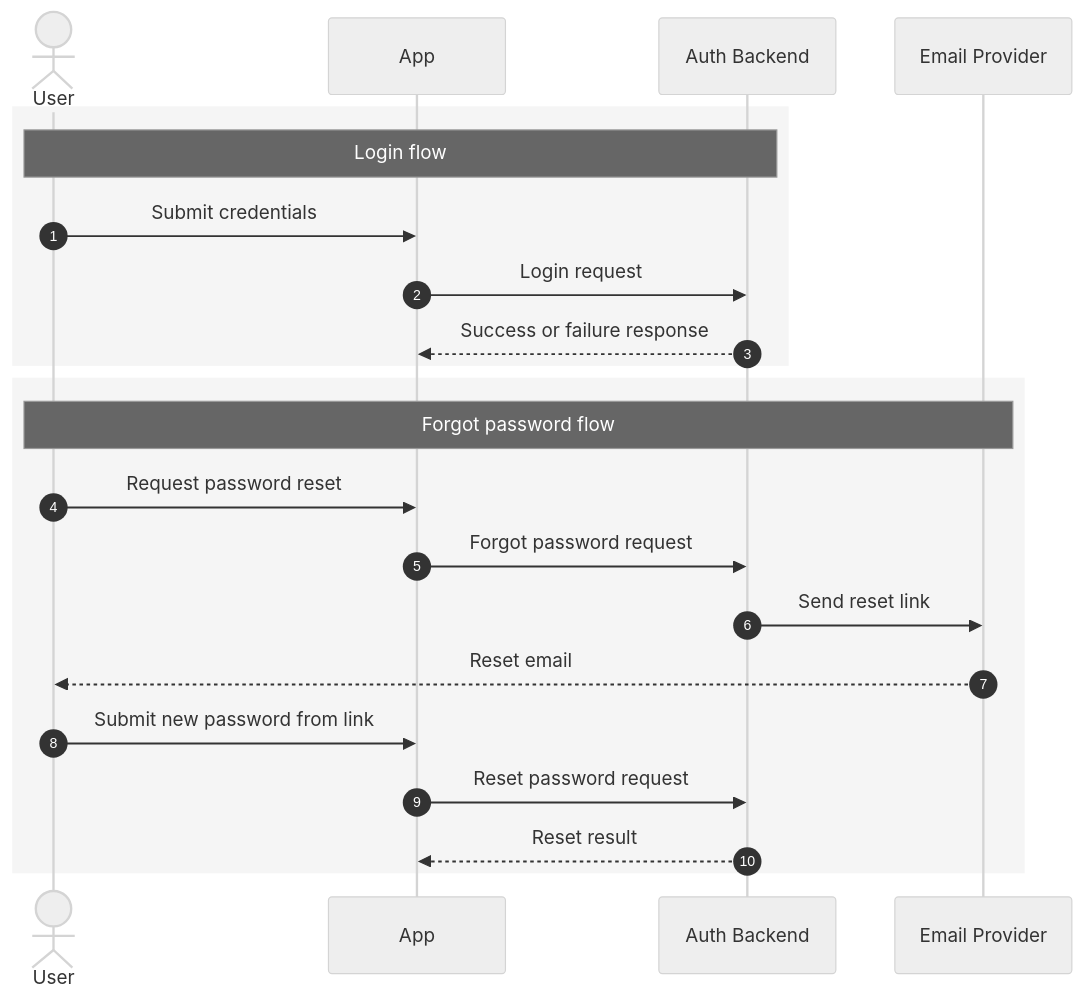
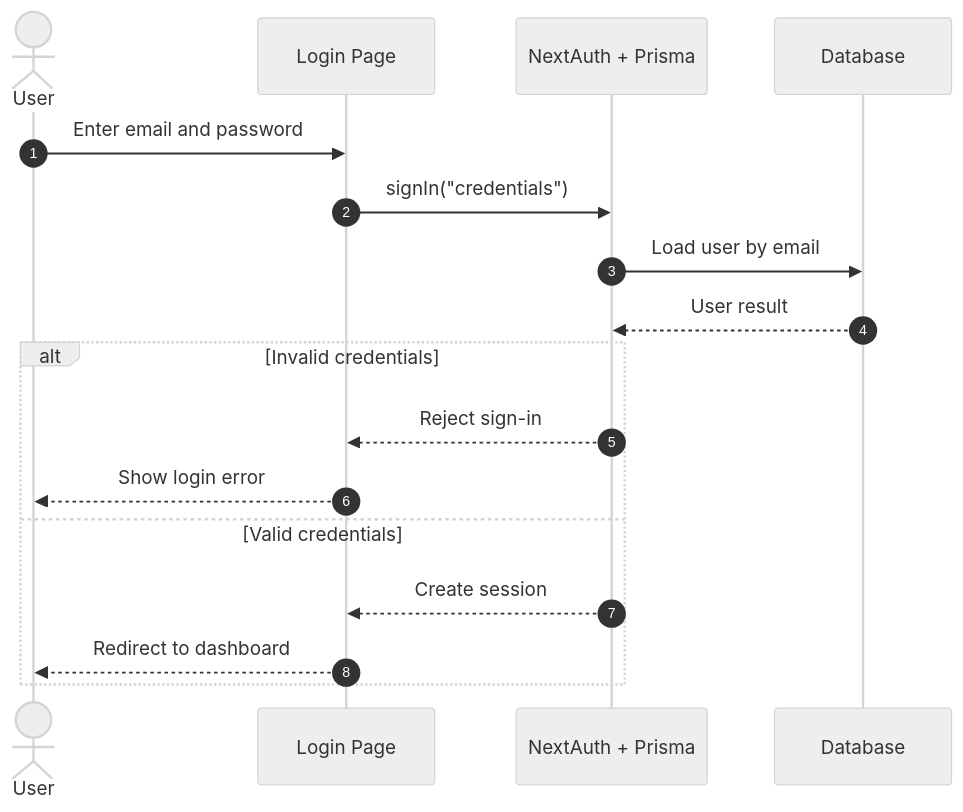
The diagram in diagrams/code/login-sequence_diagram.mmd (Rounatto/InsureVisionApp), drawn with Mermaid (neutral theme) before and after one commit. The commit also changed 18 other files, not shown here.

Commit message:
update diagrams

```diff
--- a/diagrams/code/login-sequence_diagram.mmd
+++ b/diagrams/code/login-sequence_diagram.mmd
@@ -1,24 +1,19 @@
 sequenceDiagram
     autonumber
     actor User
-    participant App
-    participant Auth as Auth Backend
-    participant Email as Email Provider
+    participant UI as Login Page
+    participant Auth as NextAuth + Prisma
+    participant DB as Database
 
-    rect rgb(245, 245, 245)
-    Note over User,Auth: Login flow
-    User->>App: Submit credentials
-    App->>Auth: Login request
-    Auth-->>App: Success or failure response
+    User->>UI: Enter email and password
+    UI->>Auth: signIn("credentials")
+    Auth->>DB: Load user by email
+    DB-->>Auth: User result
+
+    alt Invalid credentials
+        Auth-->>UI: Reject sign-in
+        UI-->>User: Show login error
+    else Valid credentials
+        Auth-->>UI: Create session
+        UI-->>User: Redirect to dashboard
     end
-
-    rect rgb(245, 245, 245)
-    Note over User,Email: Forgot password flow
-    User->>App: Request password reset
-    App->>Auth: Forgot password request
-    Auth->>Email: Send reset link
-    Email-->>User: Reset email
-    User->>App: Submit new password from link
-    App->>Auth: Reset password request
-    Auth-->>App: Reset result
-    end
```
